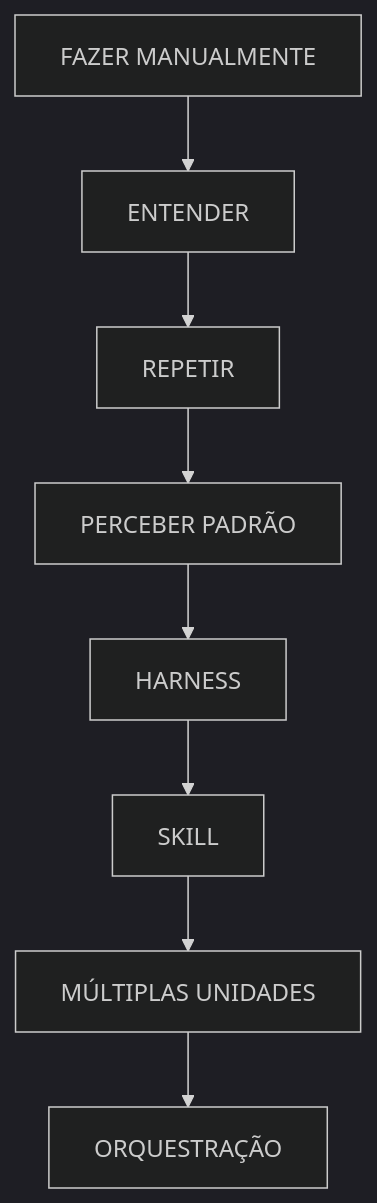
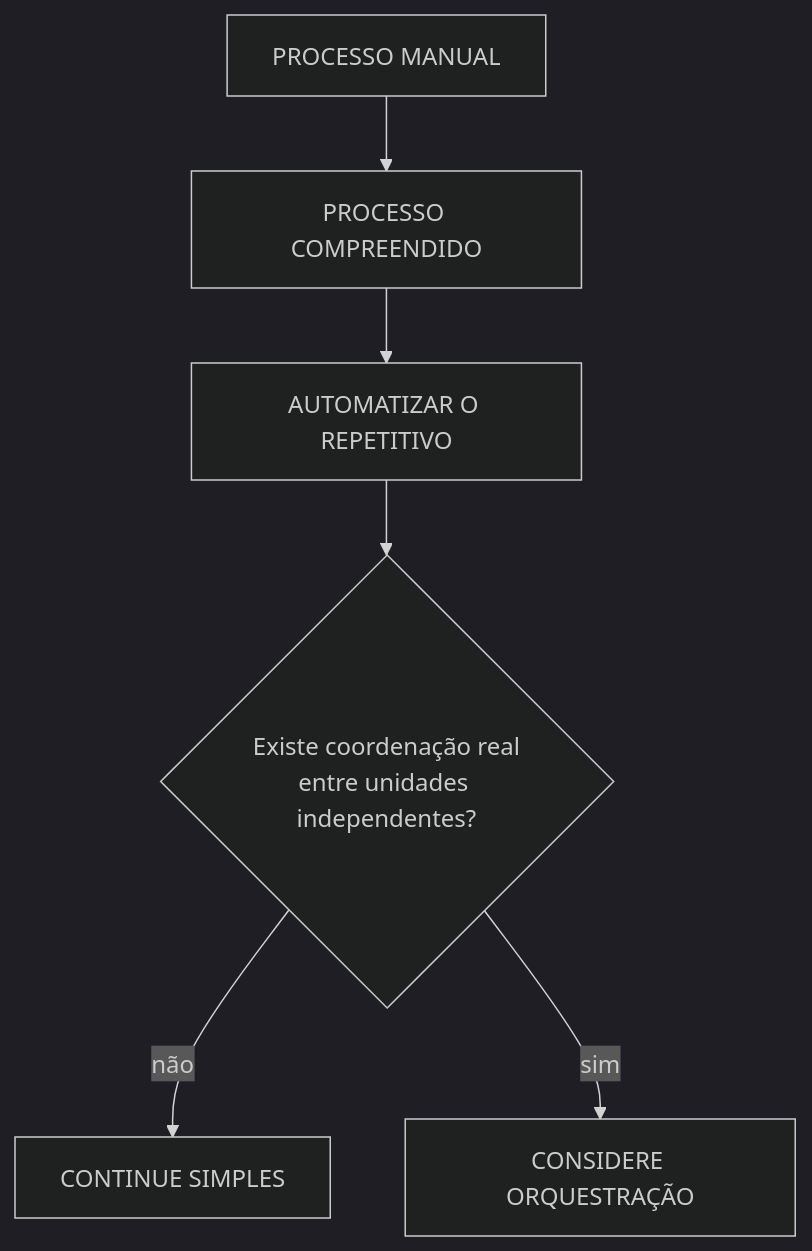
Before and after one commit to Erick-Marinho/do-zero-ao-agente: diagram 15 of 18 in docs/livro/09-estado-da-arte.md, drawn with Mermaid (dark theme). The commit also changed other lines of this file and 13 other files, not shown here.

````diff
--- a/docs/livro/09-estado-da-arte.md
+++ b/docs/livro/09-estado-da-arte.md
@@ -1861,10 +2003,8 @@
 ```mermaid
 flowchart TD
-    A[FAZER MANUALMENTE] --> B[ENTENDER]
-    B --> C[REPETIR]
-    C --> D[PERCEBER PADRÃO]
-    D --> E[HARNESS]
-    E --> F[SKILL]
-    F --> G[MÚLTIPLAS UNIDADES]
-    G --> H[ORQUESTRAÇÃO]
+    A[PROCESSO MANUAL] --> B[PROCESSO COMPREENDIDO]
+    B --> C[AUTOMATIZAR O REPETITIVO]
+    C --> D{Existe coordenação real<br/>entre unidades independentes?}
+    D -->|não| E[CONTINUE SIMPLES]
+    D -->|sim| F[CONSIDERE ORQUESTRAÇÃO]
 ```
````
